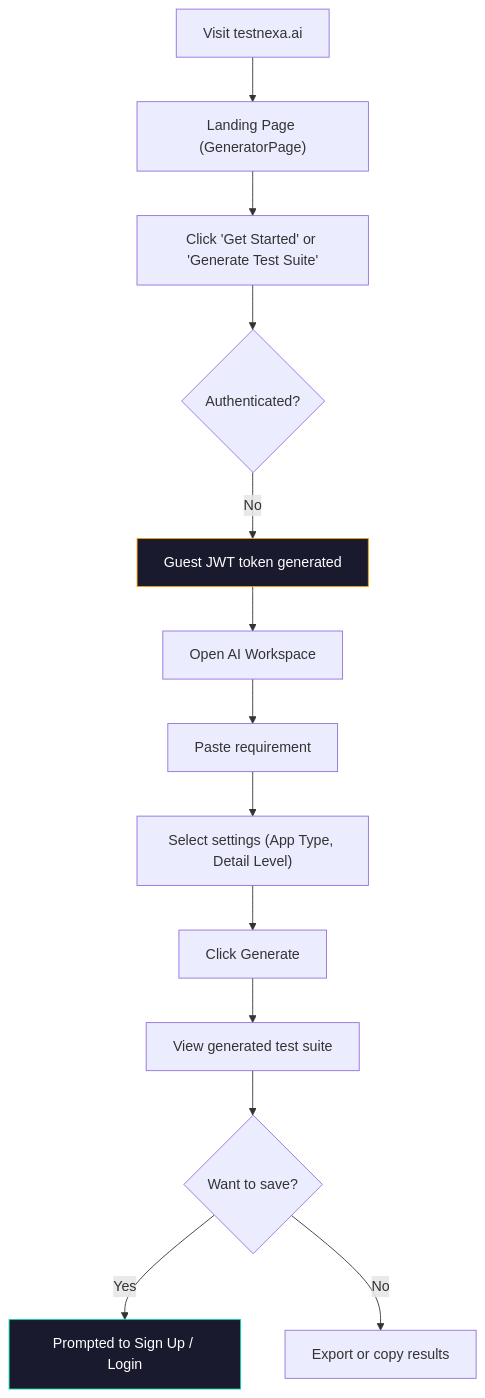
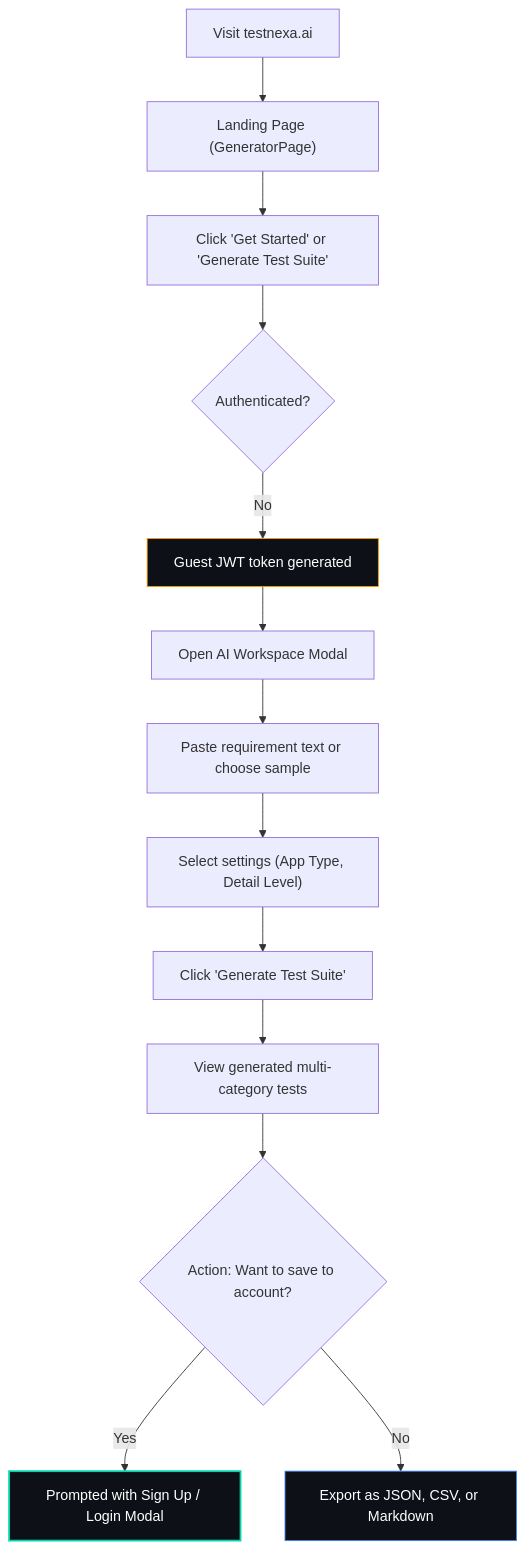
Before and after one commit to KISHOR403/Testnexa-Ai: the first of 11 diagrams in docs/USER_FLOWS.md, drawn with Mermaid. The commit also changed other lines of this file and 2 other files, not shown here.

````diff
--- a/docs/USER_FLOWS.md
+++ b/docs/USER_FLOWS.md
@@ -11,18 +28,19 @@
 ```mermaid
 flowchart TD
     A["Visit testnexa.ai"] --> B["Landing Page (GeneratorPage)"]
     B --> C["Click 'Get Started' or 'Generate Test Suite'"]
     C --> D{"Authenticated?"}
     D -->|No| E["Guest JWT token generated"]
-    E --> F["Open AI Workspace"]
-    F --> G["Paste requirement"]
+    E --> F["Open AI Workspace Modal"]
+    F --> G["Paste requirement text or choose sample"]
     G --> H["Select settings (App Type, Detail Level)"]
-    H --> I["Click Generate"]
-    I --> J["View generated test suite"]
-    J --> K{"Want to save?"}
-    K -->|Yes| L["Prompted to Sign Up / Login"]
-    K -->|No| M["Export or copy results"]
+    H --> I["Click 'Generate Test Suite'"]
+    I --> J["View generated multi-category tests"]
+    J --> K{"Action: Want to save to account?"}
+    K -->|Yes| L["Prompted with Sign Up / Login Modal"]
+    K -->|No| M["Export as JSON, CSV, or Markdown"]
     
-    style E fill:#1a1a2e,stroke:#f59e0b,color:#fff
-    style L fill:#1a1a2e,stroke:#00d4aa,color:#fff
+    style E fill:#0d1117,stroke:#f59e0b,color:#fff
+    style L fill:#0d1117,stroke:#00d4aa,stroke-width:2px,color:#fff
+    style M fill:#0d1117,stroke:#3b82f6,color:#fff
 ```
````
